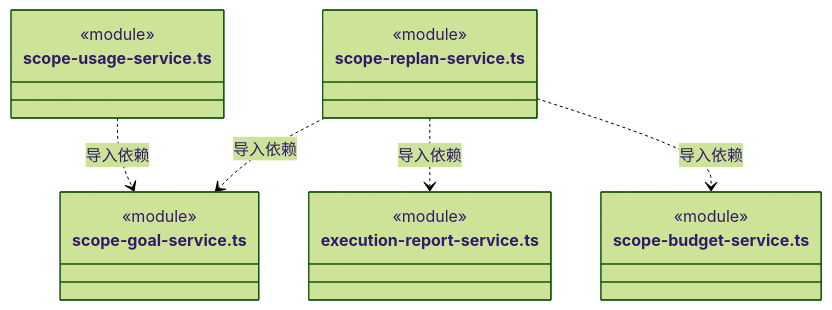
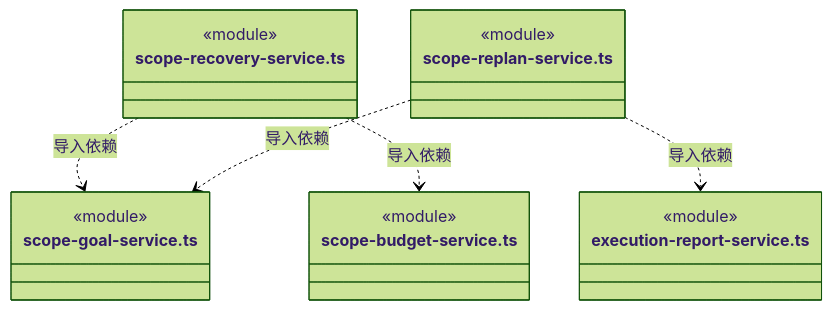
Before and after one commit to nan023062/cbim: diagram 48 of 52 in src/backend/scheduler-engine/execution/ARCHITECTURE.md, drawn with Mermaid (forest theme). The commit also changed other lines of this file and 56 other files, not shown here.

````diff
--- a/src/backend/scheduler-engine/execution/ARCHITECTURE.md
+++ b/src/backend/scheduler-engine/execution/ARCHITECTURE.md
@@ -1266,22 +1301,22 @@
 ```mermaid
 classDiagram
-class N_src_backend_scheduler_engine_execution_scope_replan_service_ts["scope-replan-service.ts"] {
+class N_src_backend_scheduler_engine_execution_scope_recovery_service_ts["scope-recovery-service.ts"] {
   <<module>>
 }
 class N_src_backend_scheduler_engine_execution_scope_goal_service_ts["scope-goal-service.ts"] {
   <<module>>
 }
+class N_src_backend_scheduler_engine_execution_scope_budget_service_ts["scope-budget-service.ts"] {
+  <<module>>
+}
+class N_src_backend_scheduler_engine_execution_scope_replan_service_ts["scope-replan-service.ts"] {
+  <<module>>
+}
 class N_src_backend_scheduler_engine_execution_execution_report_service_ts["execution-report-service.ts"] {
   <<module>>
 }
-class N_src_backend_scheduler_engine_execution_scope_budget_service_ts["scope-budget-service.ts"] {
-  <<module>>
-}
-class N_src_backend_scheduler_engine_execution_scope_usage_service_ts["scope-usage-service.ts"] {
-  <<module>>
-}
+N_src_backend_scheduler_engine_execution_scope_recovery_service_ts ..> N_src_backend_scheduler_engine_execution_scope_goal_service_ts : 导入依赖
+N_src_backend_scheduler_engine_execution_scope_recovery_service_ts ..> N_src_backend_scheduler_engine_execution_scope_budget_service_ts : 导入依赖
 N_src_backend_scheduler_engine_execution_scope_replan_service_ts ..> N_src_backend_scheduler_engine_execution_scope_goal_service_ts : 导入依赖
 N_src_backend_scheduler_engine_execution_scope_replan_service_ts ..> N_src_backend_scheduler_engine_execution_execution_report_service_ts : 导入依赖
-N_src_backend_scheduler_engine_execution_scope_replan_service_ts ..> N_src_backend_scheduler_engine_execution_scope_budget_service_ts : 导入依赖
-N_src_backend_scheduler_engine_execution_scope_usage_service_ts ..> N_src_backend_scheduler_engine_execution_scope_goal_service_ts : 导入依赖
 ```
````
